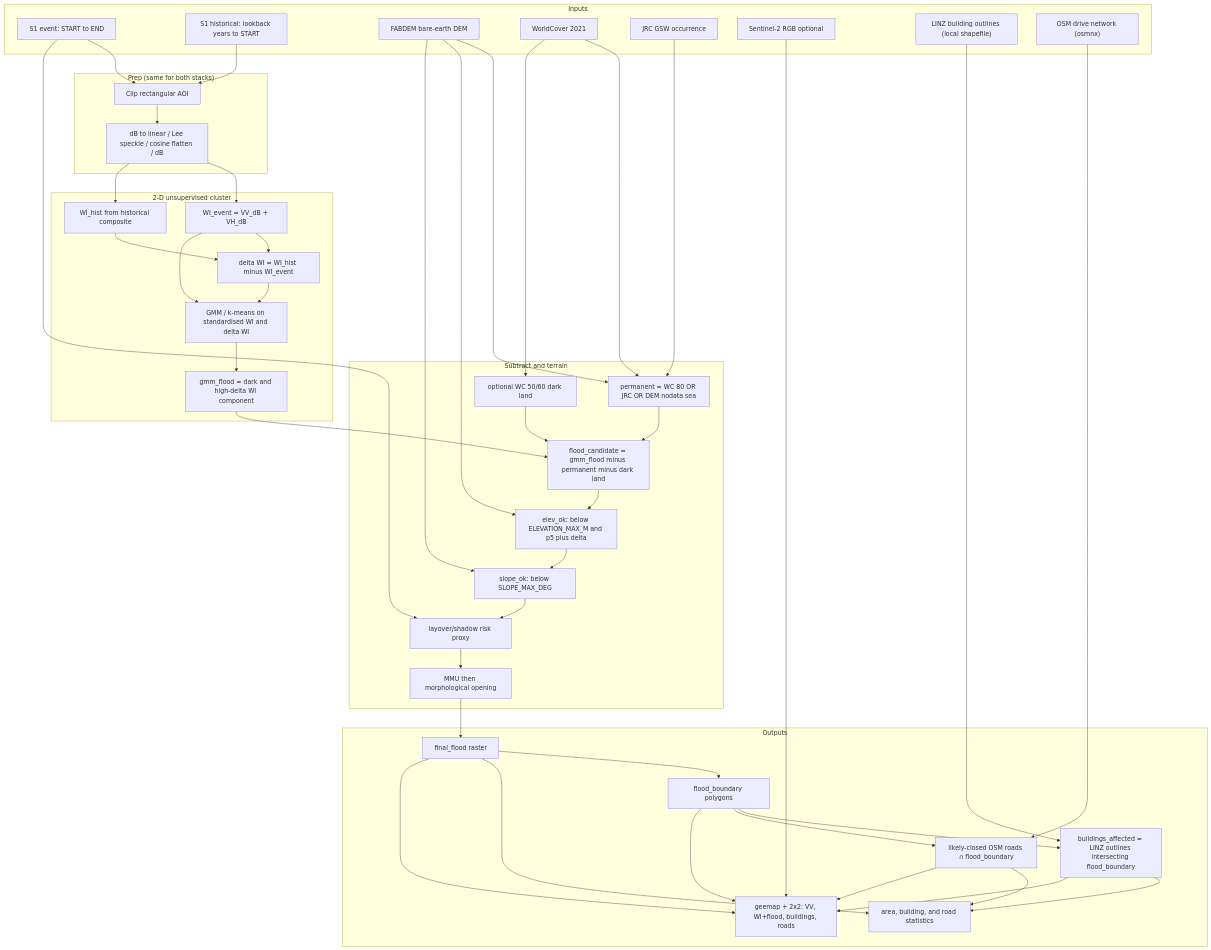
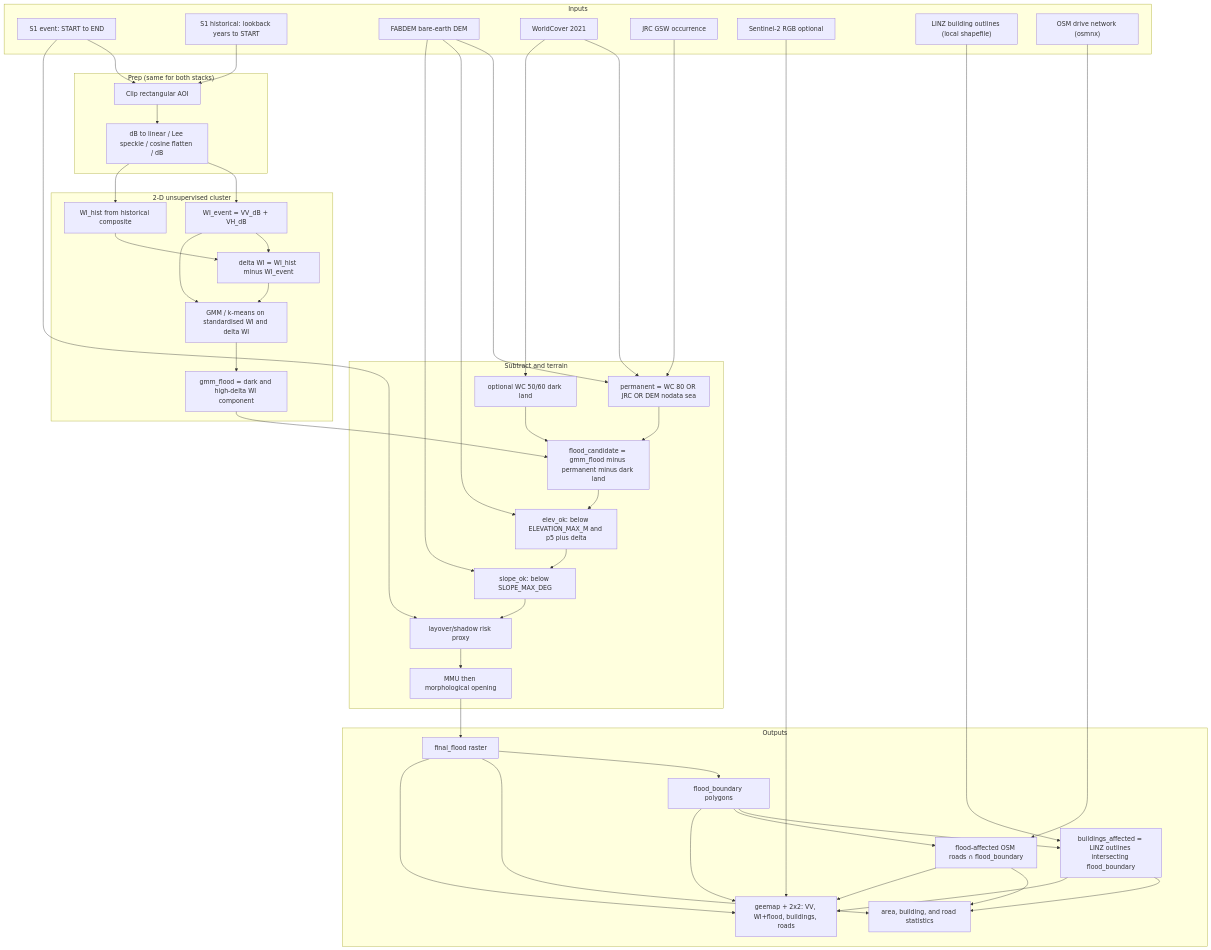
The diagram in README.md (bmcl980-max/GIS), drawn with Mermaid before and after one commit. The commit also changed other lines of this file and 1 other file, not shown here.

Commit message:
docs:likely closed -> flood affected

````diff
--- a/README.md
+++ b/README.md
@@ -218,74 +218,74 @@
 ```mermaid
 flowchart TD
   subgraph IN["Inputs"]
     S1E["S1 event: START to END"]
     S1H["S1 historical: lookback years to START"]
     DEM["FABDEM bare-earth DEM"]
     WC["WorldCover 2021"]
     JRC["JRC GSW occurrence"]
     S2["Sentinel-2 RGB optional"]
     LINZ["LINZ building outlines (local shapefile)"]
     OSM["OSM drive network (osmnx)"]
   end
   subgraph PRE["Prep (same for both stacks)"]
     CLIP["Clip rectangular AOI"]
     LEE["dB to linear / Lee speckle / cosine flatten / dB"]
   end
   subgraph WTR["2-D unsupervised cluster"]
     WI["WI_event = VV_dB + VH_dB"]
     WIH["WI_hist from historical composite"]
     DLT["delta WI = WI_hist minus WI_event"]
     GMM["GMM / k-means on standardised WI and delta WI"]
     EW["gmm_flood = dark and high-delta WI component"]
   end
   subgraph MASK["Subtract and terrain"]
     PERM["permanent = WC 80 OR JRC OR DEM nodata sea"]
     DARK["optional WC 50/60 dark land"]
     CAND["flood_candidate = gmm_flood minus permanent minus dark land"]
     ELEV["elev_ok: below ELEVATION_MAX_M and p5 plus delta"]
     SLP["slope_ok: below SLOPE_MAX_DEG"]
     LAY["layover/shadow risk proxy"]
     MMU["MMU then morphological opening"]
   end
   subgraph OUT["Outputs"]
     FF["final_flood raster"]
     POLY["flood_boundary polygons"]
     BLD["buildings_affected = LINZ outlines intersecting flood_boundary"]
-    RD["likely-closed OSM roads ∩ flood_boundary"]
+    RD["flood-affected OSM roads ∩ flood_boundary"]
     STAT["area, building, and road statistics"]
     MAP["geemap + 2x2: VV, WI+flood, buildings, roads"]
   end
   S1E --> CLIP
   S1H --> CLIP
   CLIP --> LEE
   LEE --> WI
   LEE --> WIH
   WI --> DLT
   WIH --> DLT
   WI --> GMM
   DLT --> GMM --> EW
   WC --> PERM
   JRC --> PERM
   DEM --> PERM
   WC --> DARK
   EW --> CAND
   PERM --> CAND
   DARK --> CAND
   DEM --> ELEV
   DEM --> SLP
   S1E --> LAY
   CAND --> ELEV --> SLP --> LAY --> MMU --> FF
   FF --> POLY
   FF --> STAT
   POLY --> BLD
   LINZ --> BLD
   POLY --> RD
   OSM --> RD
   BLD --> STAT
   RD --> STAT
   BLD --> MAP
   RD --> MAP
   S2 --> MAP
   FF --> MAP
   POLY --> MAP
 ```
````
